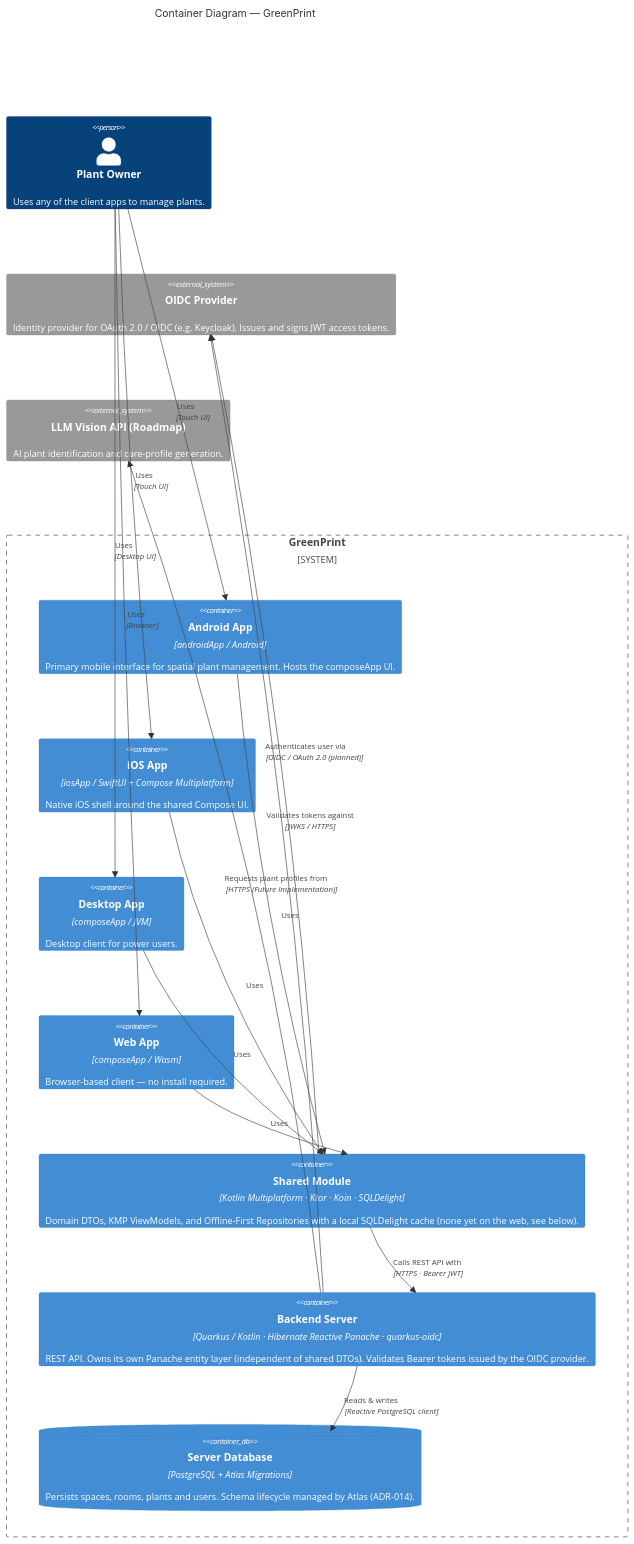
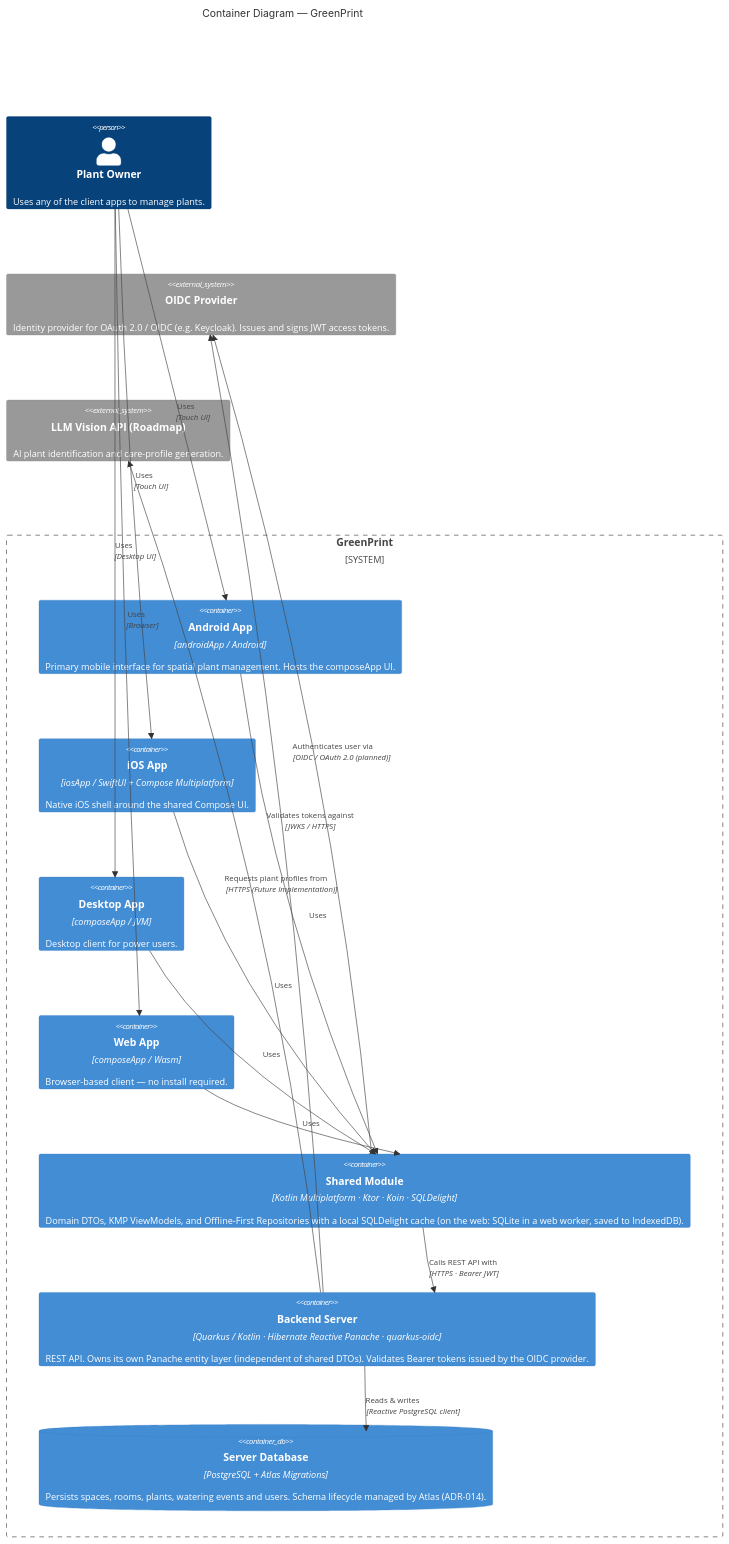
Before and after one commit to marcowuethrich/green-print: the first of 5 diagrams in docs/architecture/overview.md, drawn with Mermaid. The commit also changed other lines of this file and 5 other files, not shown here.

First line of the commit message:
docs: web persistence (ADR-017), watering and room deletion as built

````diff
--- a/docs/architecture/overview.md
+++ b/docs/architecture/overview.md
@@ -23,38 +23,38 @@
 ```mermaid
 C4Container
   title Container Diagram — GreenPrint
 
   Person(user, "Plant Owner", "Uses any of the client apps to manage plants.")
 
   System_Ext(oidcProvider, "OIDC Provider", "Identity provider for OAuth 2.0 / OIDC (e.g. Keycloak). Issues and signs JWT access tokens.")
   System_Ext(llmApi, "LLM Vision API (Roadmap)", "AI plant identification and care-profile generation.")
 
   System_Boundary(gp, "GreenPrint") {
 
     Container(androidApp, "Android App", "androidApp / Android", "Primary mobile interface for spatial plant management. Hosts the composeApp UI.")
     Container(iosApp, "iOS App", "iosApp / SwiftUI + Compose Multiplatform", "Native iOS shell around the shared Compose UI.")
     Container(desktopApp, "Desktop App", "composeApp / JVM", "Desktop client for power users.")
     Container(webApp, "Web App", "composeApp / Wasm", "Browser-based client — no install required.")
 
-    Container(shared, "Shared Module", "Kotlin Multiplatform · Ktor · Koin · SQLDelight", "Domain DTOs, KMP ViewModels, and Offline-First Repositories with a local SQLDelight cache (none yet on the web, see below).")
+    Container(shared, "Shared Module", "Kotlin Multiplatform · Ktor · Koin · SQLDelight", "Domain DTOs, KMP ViewModels, and Offline-First Repositories with a local SQLDelight cache (on the web: SQLite in a web worker, saved to IndexedDB).")
 
     Container(server, "Backend Server", "Quarkus / Kotlin · Hibernate Reactive Panache · quarkus-oidc", "REST API. Owns its own Panache entity layer (independent of shared DTOs). Validates Bearer tokens issued by the OIDC provider.")
-    ContainerDb(db, "Server Database", "PostgreSQL + Atlas Migrations", "Persists spaces, rooms, plants and users. Schema lifecycle managed by Atlas (ADR-014).")
+    ContainerDb(db, "Server Database", "PostgreSQL + Atlas Migrations", "Persists spaces, rooms, plants, watering events and users. Schema lifecycle managed by Atlas (ADR-014).")
   }
 
   Rel(user, androidApp, "Uses", "Touch UI")
   Rel(user, iosApp, "Uses", "Touch UI")
   Rel(user, desktopApp, "Uses", "Desktop UI")
   Rel(user, webApp, "Uses", "Browser")
 
   Rel(androidApp, shared, "Uses")
   Rel(iosApp, shared, "Uses")
   Rel(desktopApp, shared, "Uses")
   Rel(webApp, shared, "Uses")
 
   Rel(shared, oidcProvider, "Authenticates user via", "OIDC / OAuth 2.0 (planned)")
   Rel(shared, server, "Calls REST API with", "HTTPS · Bearer JWT")
   Rel(server, oidcProvider, "Validates tokens against", "JWKS / HTTPS")
   Rel(server, db, "Reads & writes", "Reactive PostgreSQL client")
   Rel(server, llmApi, "Requests plant profiles from", "HTTPS (Future Implementation)")
 ```
````
